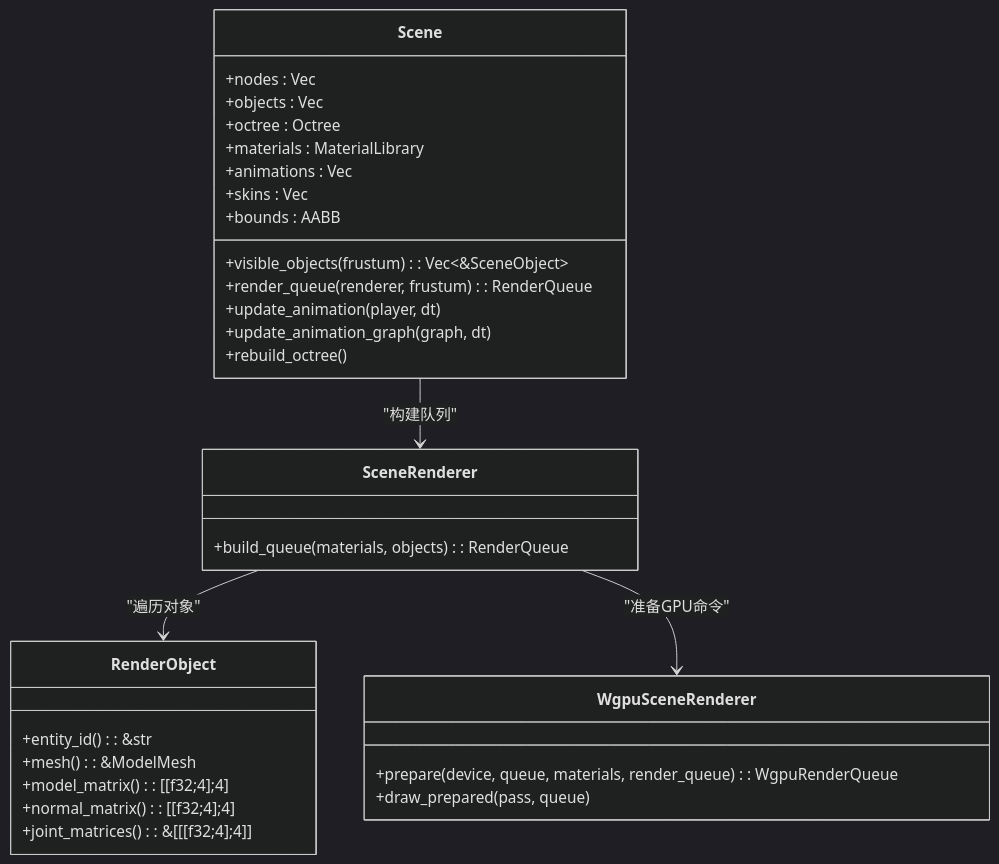
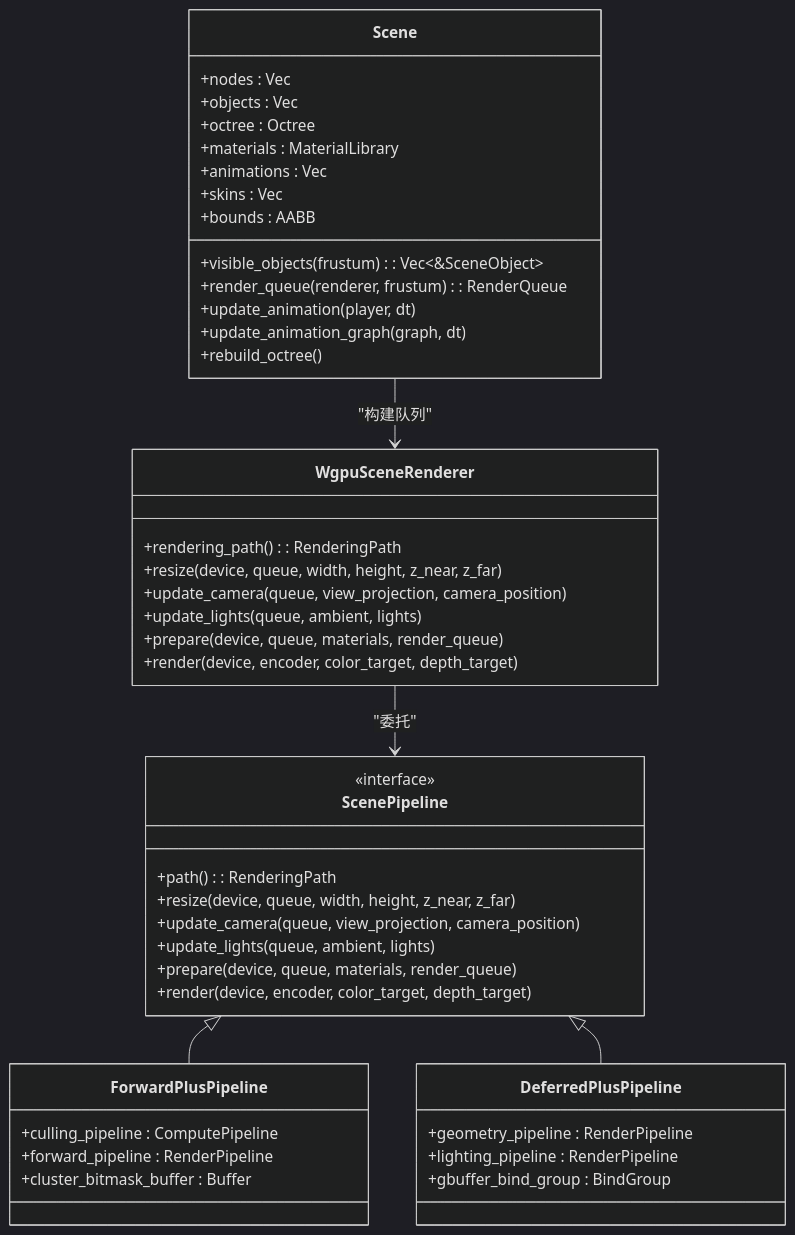
The third of 7 diagrams in .qoder/repowiki/zh/content/扩展开发.md (qianqians/geese), drawn with Mermaid (dark theme) before and after one commit. The commit also changed other lines of this file and 23 other files, not shown here.

````diff
--- a/.qoder/repowiki/zh/content/扩展开发.md
+++ b/.qoder/repowiki/zh/content/扩展开发.md
@@ -181,34 +218,48 @@
 ```mermaid
 classDiagram
 class Scene {
 +nodes : Vec<SceneNode>
 +objects : Vec<SceneObject>
 +octree : Octree
 +materials : MaterialLibrary
 +animations : Vec<AnimationClip>
 +skins : Vec<Skin>
 +bounds : AABB
 +visible_objects(frustum) : Vec<&SceneObject>
 +render_queue(renderer, frustum) : RenderQueue
 +update_animation(player, dt)
 +update_animation_graph(graph, dt)
 +rebuild_octree()
 }
-class SceneRenderer {
-+build_queue(materials, objects) : RenderQueue
+class WgpuSceneRenderer {
++rendering_path() : RenderingPath
++resize(device, queue, width, height, z_near, z_far)
++update_camera(queue, view_projection, camera_position)
++update_lights(queue, ambient, lights)
++prepare(device, queue, materials, render_queue)
++render(device, encoder, color_target, depth_target)
 }
-class WgpuSceneRenderer {
-+prepare(device, queue, materials, render_queue) : WgpuRenderQueue
-+draw_prepared(pass, queue)
+class ScenePipeline {
+<<interface>>
++path() : RenderingPath
++resize(device, queue, width, height, z_near, z_far)
++update_camera(queue, view_projection, camera_position)
++update_lights(queue, ambient, lights)
++prepare(device, queue, materials, render_queue)
++render(device, encoder, color_target, depth_target)
 }
-class RenderObject {
-+entity_id() : &str
-+mesh() : &ModelMesh
-+model_matrix() : [[f32;4];4]
-+normal_matrix() : [[f32;4];4]
-+joint_matrices() : &[[[f32;4];4]]
+class ForwardPlusPipeline {
++culling_pipeline : ComputePipeline
++forward_pipeline : RenderPipeline
++cluster_bitmask_buffer : Buffer
 }
-Scene --> SceneRenderer : "构建队列"
-SceneRenderer --> RenderObject : "遍历对象"
-SceneRenderer --> WgpuSceneRenderer : "准备GPU命令"
+class DeferredPlusPipeline {
++geometry_pipeline : RenderPipeline
++lighting_pipeline : RenderPipeline
++gbuffer_bind_group : BindGroup
+}
+Scene --> WgpuSceneRenderer : "构建队列"
+WgpuSceneRenderer --> ScenePipeline : "委托"
+ScenePipeline <|-- ForwardPlusPipeline
+ScenePipeline <|-- DeferredPlusPipeline
 ```
````
